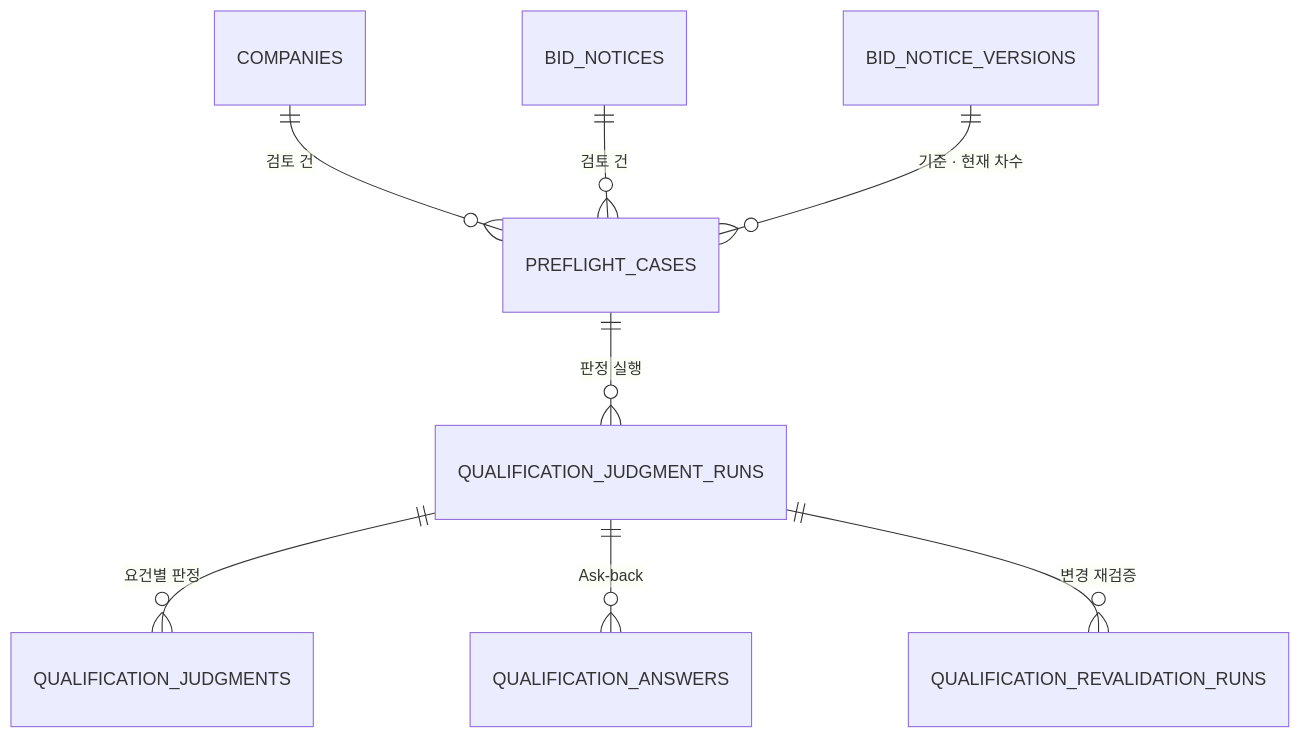
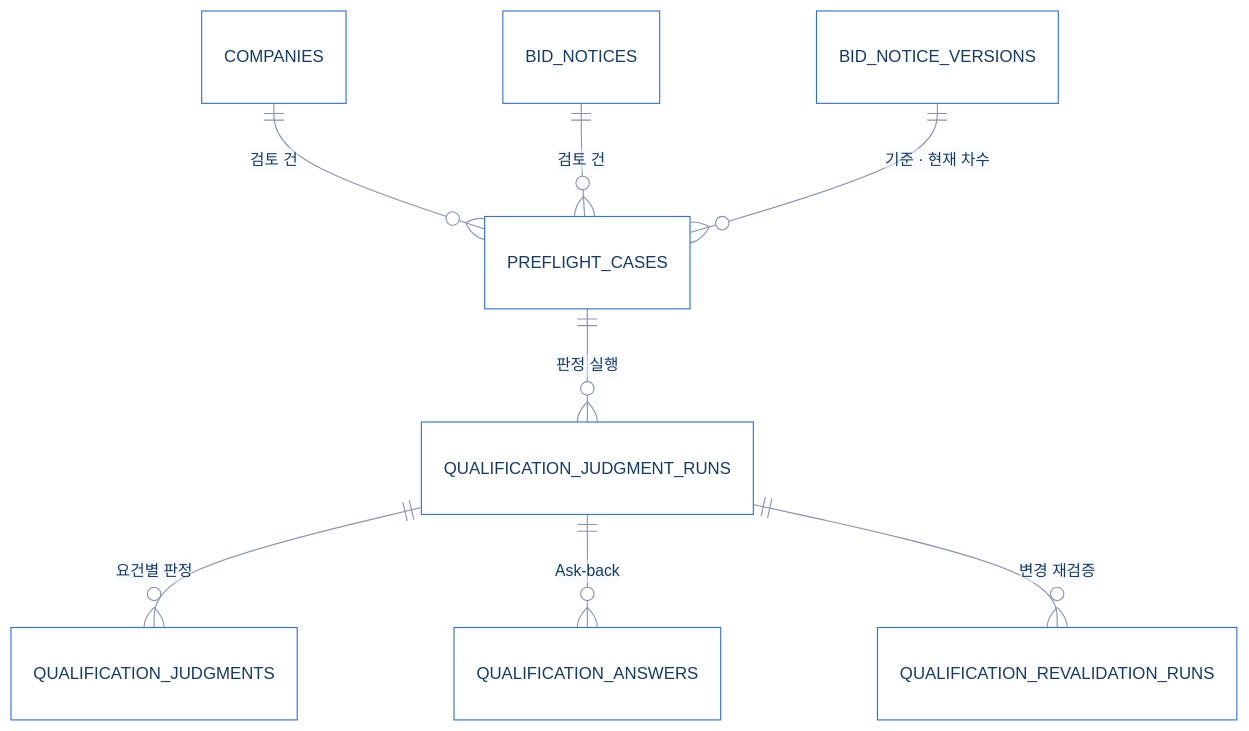
The sixth of 10 diagrams in README.md (SKNETWORKS-FAMILY-AICAMP/SKN34-3rd-4Team), drawn with Mermaid before and after one commit. The commit also changed other lines of this file, not shown here.

Commit message:
docs: ERD 색 통일, 아키텍처 다이어그램 가독성 개선, 이용안내 캡처

````diff
--- a/README.md
+++ b/README.md
@@ -466,10 +467,11 @@
 ```mermaid
+%%{init: {'theme':'base','themeVariables':{'primaryColor':'#FFFFFF','primaryBorderColor':'#2F6FE4','primaryTextColor':'#123A6B','lineColor':'#8792B5','tertiaryColor':'#F6F8FC','fontSize':'15px'}}}%%
 erDiagram
     COMPANIES ||--o{ PREFLIGHT_CASES : "검토 건"
     BID_NOTICES ||--o{ PREFLIGHT_CASES : "검토 건"
     BID_NOTICE_VERSIONS ||--o{ PREFLIGHT_CASES : "기준 · 현재 차수"
     PREFLIGHT_CASES ||--o{ QUALIFICATION_JUDGMENT_RUNS : "판정 실행"
     QUALIFICATION_JUDGMENT_RUNS ||--o{ QUALIFICATION_JUDGMENTS : "요건별 판정"
     QUALIFICATION_JUDGMENT_RUNS ||--o{ QUALIFICATION_ANSWERS : "Ask-back"
     QUALIFICATION_JUDGMENT_RUNS ||--o{ QUALIFICATION_REVALIDATION_RUNS : "변경 재검증"
 ```
````
